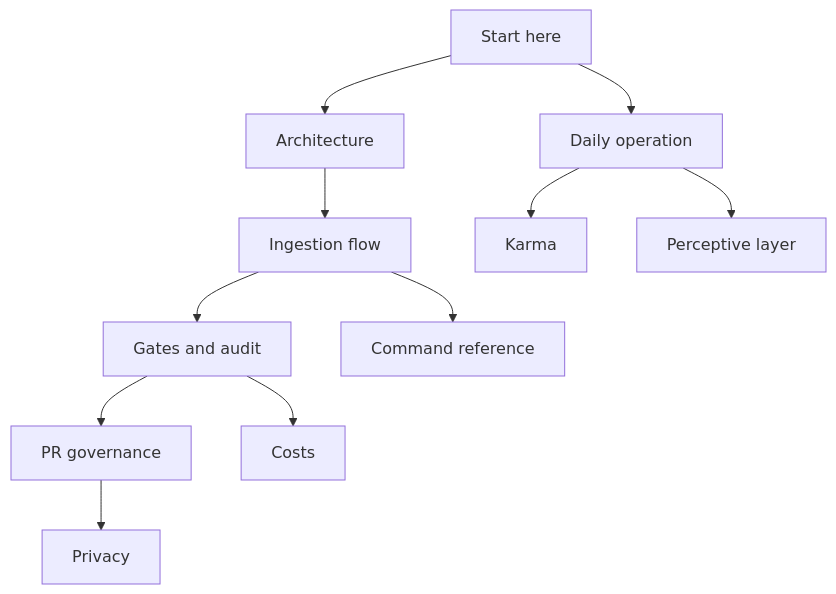
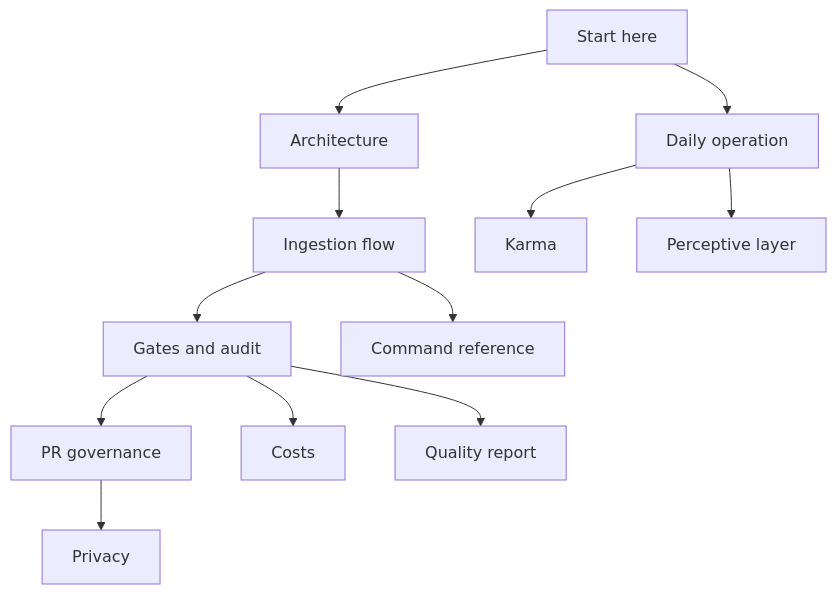
Before and after one commit to kimlage/wiki-viva-kit: the diagram in memories/system/wiki/index.md, drawn with Mermaid. The commit also changed other lines of this file and 55 other files, not shown here.

Commit message:
Add v6.3 quality gates and canonical entity navigation

````diff
--- a/memories/system/wiki/index.md
+++ b/memories/system/wiki/index.md
@@ -40,13 +40,14 @@
 ```mermaid
 flowchart TD
     Start["Start here"] --> Arch["Architecture"]
     Start --> Daily["Daily operation"]
     Arch --> Ingest["Ingestion flow"]
     Ingest --> Gates["Gates and audit"]
     Gates --> PR["PR governance"]
     PR --> Privacy["Privacy"]
     Gates --> Costs["Costs"]
+    Gates --> Quality["Quality report"]
     Daily --> Karma["Karma"]
     Daily --> Perception["Perceptive layer"]
     Ingest --> Commands["Command reference"]
 ```
````
